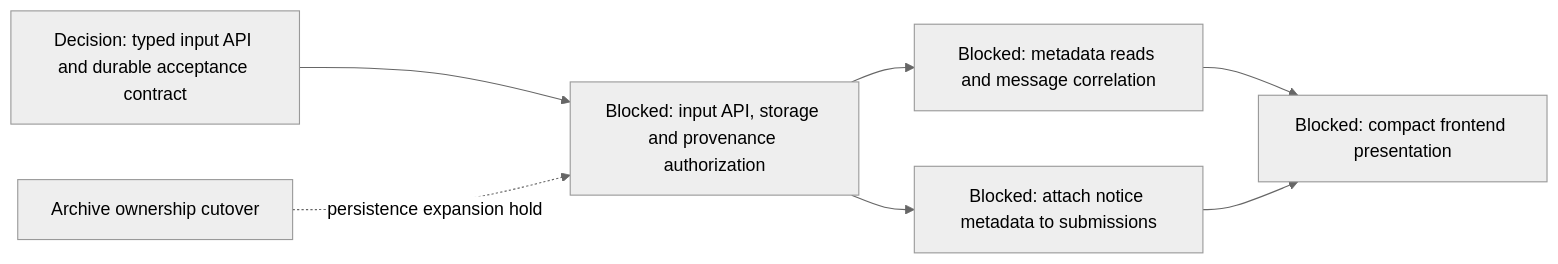
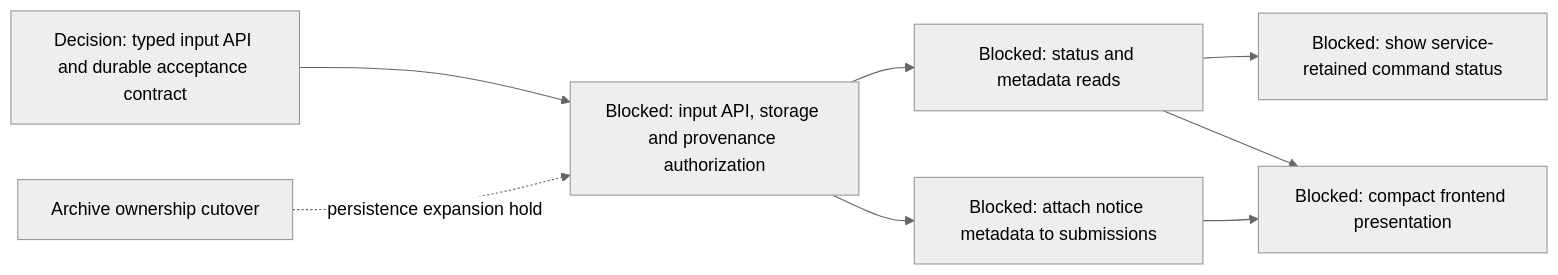
The second of 7 diagrams in agentplane/plans/task_dag.md (agentydragon-agent/ducktape), drawn with Mermaid (neutral theme) before and after one commit. The commit also changed other lines of this file and 1 other file, not shown here.

Commit message:
docs(agentplane): specify durable immediate-dispatch input submissions

````diff
--- a/agentplane/plans/task_dag.md
+++ b/agentplane/plans/task_dag.md
@@ -146,15 +146,17 @@
 ```mermaid
 flowchart LR
     SESSION_INPUT_CONTRACT[Decision: typed input API and durable acceptance contract]
     THREAD_ARCHIVE_OWNERSHIP[Archive ownership cutover]
     SESSION_INPUT_SUBMISSION[Blocked: input API, storage and provenance authorization]
-    SESSION_INPUT_METADATA_READ[Blocked: metadata reads and message correlation]
+    SESSION_INPUT_METADATA_READ[Blocked: status and metadata reads]
+    SESSION_INPUT_STATUS_UI[Blocked: show service-retained command status]
     NOTIFICATION_NOTICE_METADATA[Blocked: attach notice metadata to submissions]
     NOTIFICATION_PRESENTATION[Blocked: compact frontend presentation]
     SESSION_INPUT_CONTRACT --> SESSION_INPUT_SUBMISSION
     THREAD_ARCHIVE_OWNERSHIP -. persistence expansion hold .-> SESSION_INPUT_SUBMISSION
     SESSION_INPUT_SUBMISSION --> SESSION_INPUT_METADATA_READ
+    SESSION_INPUT_METADATA_READ --> SESSION_INPUT_STATUS_UI
     SESSION_INPUT_SUBMISSION --> NOTIFICATION_NOTICE_METADATA
     SESSION_INPUT_METADATA_READ --> NOTIFICATION_PRESENTATION
     NOTIFICATION_NOTICE_METADATA --> NOTIFICATION_PRESENTATION
 ```
````
